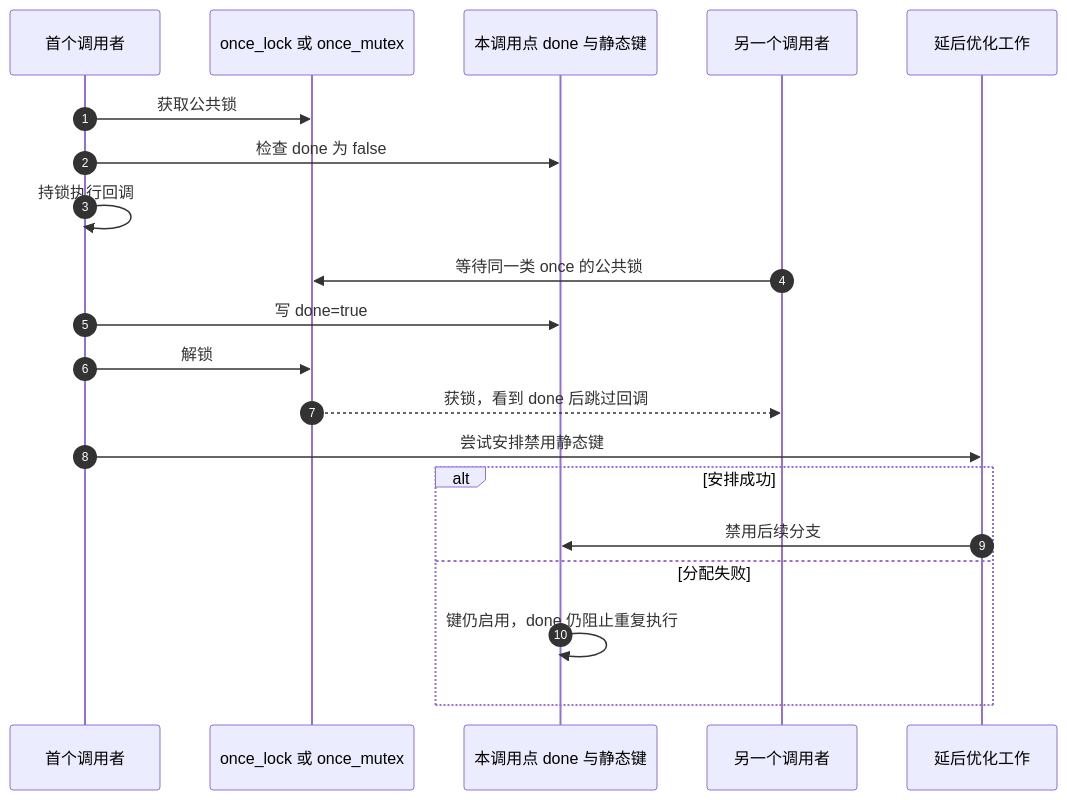
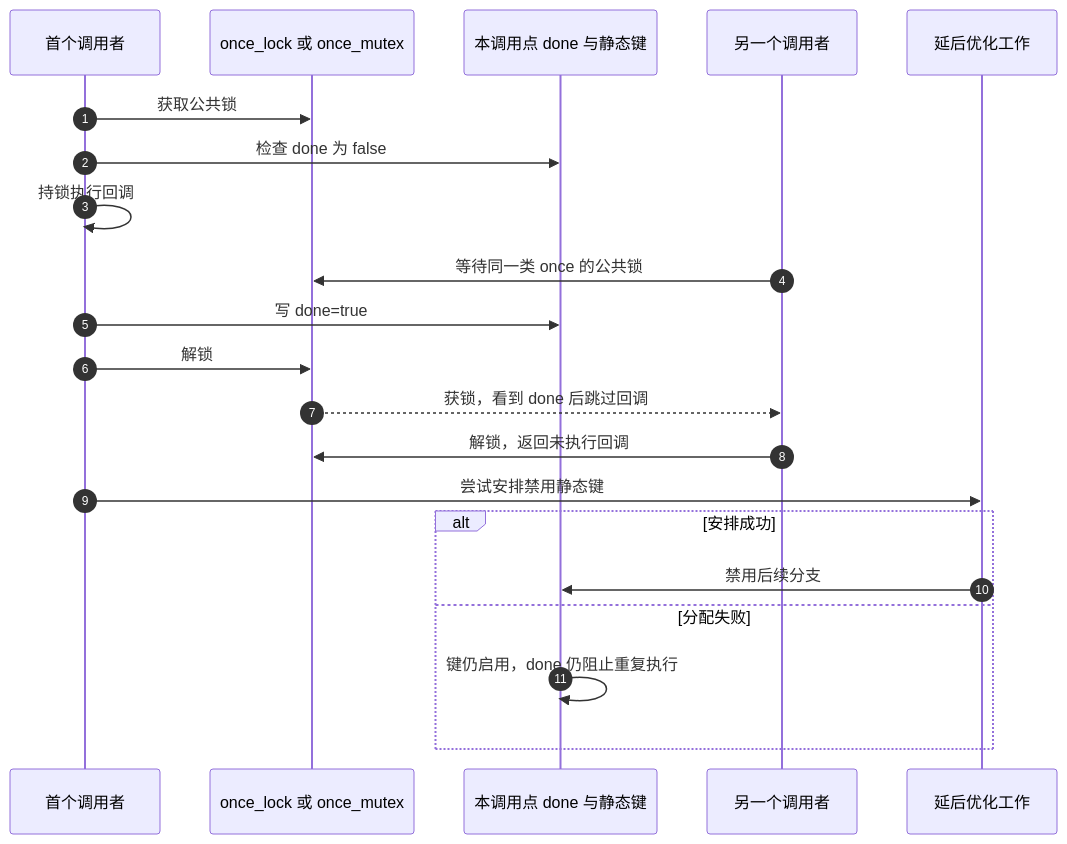
The third of 3 diagrams in knowledge/linux/data_structures/单链表_linked_list/P04_一次性初始化.md (FormingSystem/linux_note), drawn with Mermaid before and after one commit. The commit also changed other lines of this file and 13 other files, not shown here.

````diff
--- a/knowledge/linux/data_structures/单链表_linked_list/P04_一次性初始化.md
+++ b/knowledge/linux/data_structures/单链表_linked_list/P04_一次性初始化.md
@@ -158,22 +165,23 @@
 ```mermaid
 sequenceDiagram
     autonumber
     participant a as 首个调用者
     participant guard as once_lock 或 once_mutex
     participant state as 本调用点 done 与静态键
     participant b as 另一个调用者
     participant work as 延后优化工作
     a->>guard: 获取公共锁
     a->>state: 检查 done 为 false
     a->>a: 持锁执行回调
     b->>guard: 等待同一类 once 的公共锁
     a->>state: 写 done=true
     a->>guard: 解锁
     guard-->>b: 获锁，看到 done 后跳过回调
+    b->>guard: 解锁，返回未执行回调
     a->>work: 尝试安排禁用静态键
     alt 安排成功
         work->>state: 禁用后续分支
     else 分配失败
         state->>state: 键仍启用，done 仍阻止重复执行
     end
 ```
````
